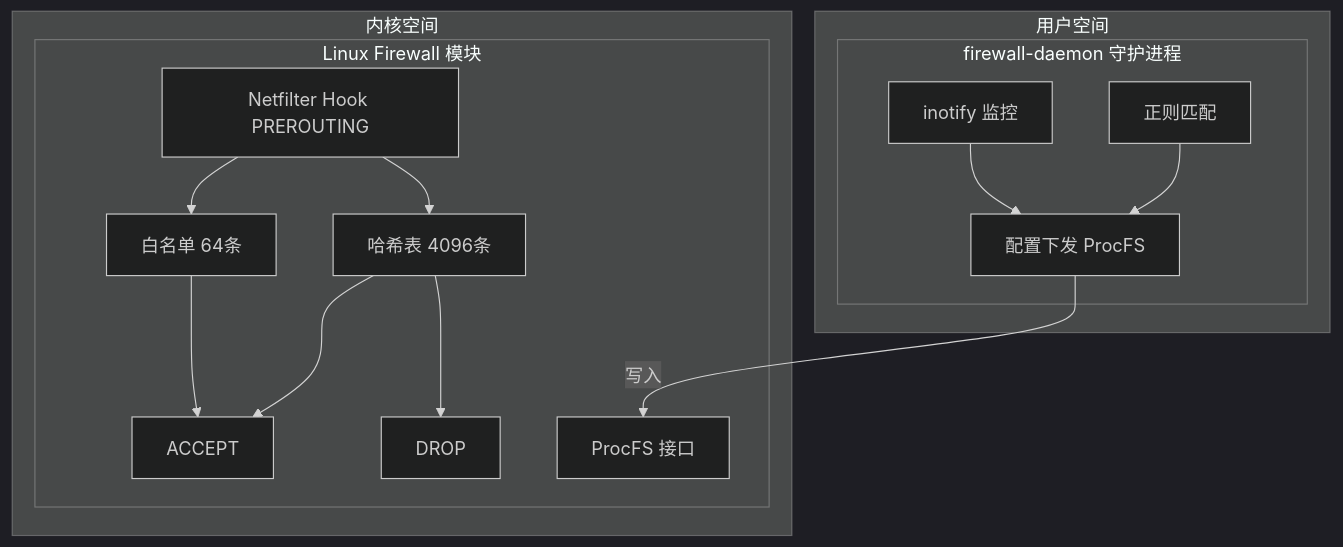
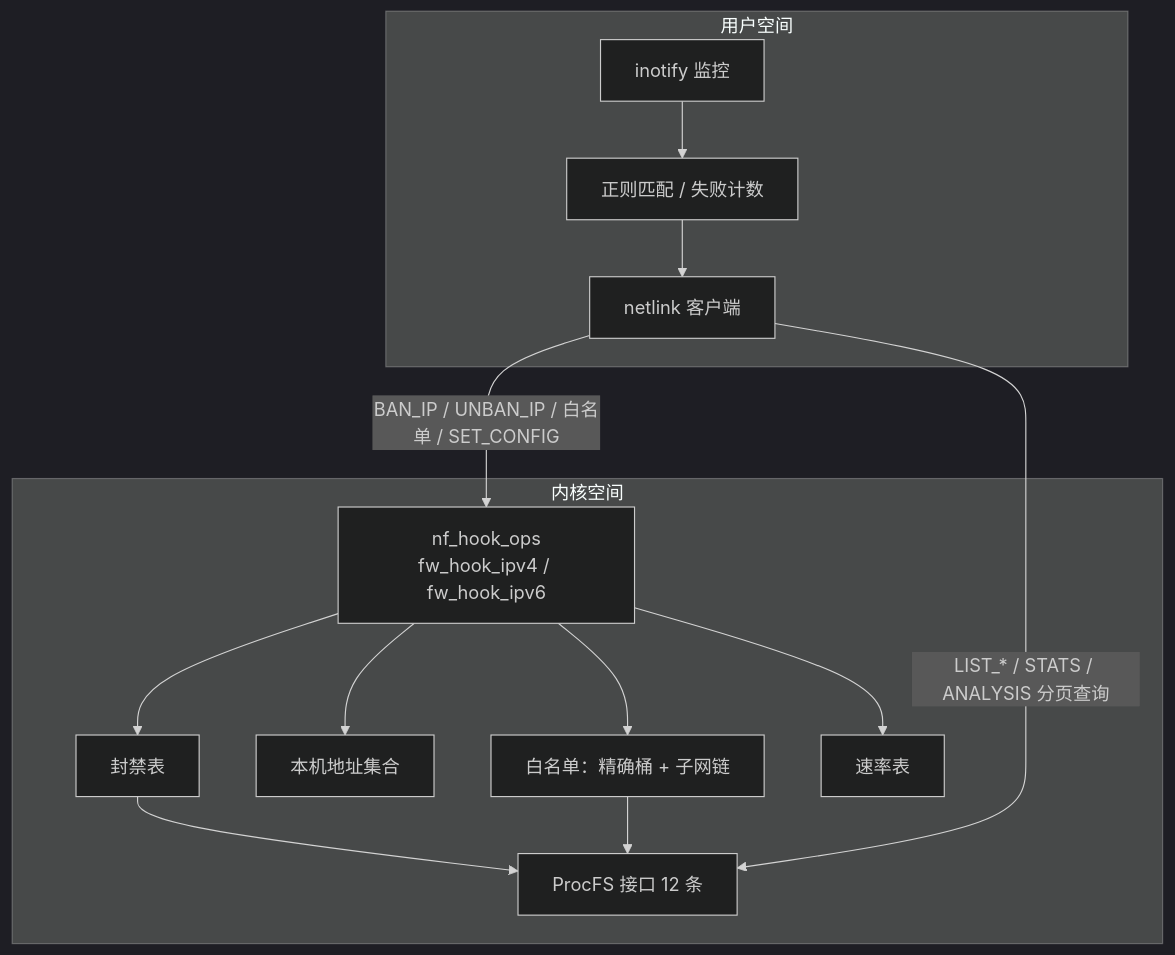
Before and after one commit to SnowCore8/linux-firewall-kmod: the diagram in docs/zh/architecture/README.md, drawn with Mermaid (dark theme). The commit also changed other lines of this file and 1 other file, not shown here.

````diff
--- a/docs/zh/architecture/README.md
+++ b/docs/zh/architecture/README.md
@@ -9,32 +11,29 @@
 ```mermaid
 graph TB
     subgraph UserSpace["用户空间"]
-        subgraph Daemon["firewall-daemon 守护进程"]
-            Inotify["inotify 监控"]
-            REGEX["正则匹配"]
-            ProcFS_Client["配置下发 ProcFS"]
-
-            Inotify --> ProcFS_Client
-            REGEX --> ProcFS_Client
-        end
+        Inotify["inotify 监控"]
+        Regex["正则匹配 / 失败计数"]
+        NL["netlink 客户端"]
+        Inotify --> Regex
+        Regex --> NL
     end
 
     subgraph KernelSpace["内核空间"]
-        subgraph Firewall["Linux Firewall 模块"]
-            Netfilter["Netfilter Hook PREROUTING"]
-            Whitelist["白名单 64条"]
-            HashTable["哈希表 4096条"]
-            Accept["ACCEPT"]
-            Drop["DROP"]
-            ProcFS_Server["ProcFS 接口"]
-            
-            Netfilter --> Whitelist
-            Netfilter --> HashTable
-            Whitelist --> Accept
-            HashTable --> Accept
-            HashTable --> Drop
-        end
+        Hook["nf_hook_ops<br/>fw_hook_ipv4 / fw_hook_ipv6"]
+        Whitelist["白名单：精确桶 + 子网链"]
+        Local["本机地址集合"]
+        BanTable["封禁表"]
+        RateTable["速率表"]
+        ProcFS["ProcFS 接口 12 条"]
+
+        Hook --> Whitelist
+        Hook --> Local
+        Hook --> BanTable
+        Hook --> RateTable
+        BanTable --> ProcFS
+        Whitelist --> ProcFS
     end
 
-    ProcFS_Client -->|"写入"| ProcFS_Server
+    NL -->|"BAN_IP / UNBAN_IP / 白名单 / SET_CONFIG"| Hook
+    NL -->|"LIST_* / STATS / ANALYSIS 分页查询"| ProcFS
 ```
````
